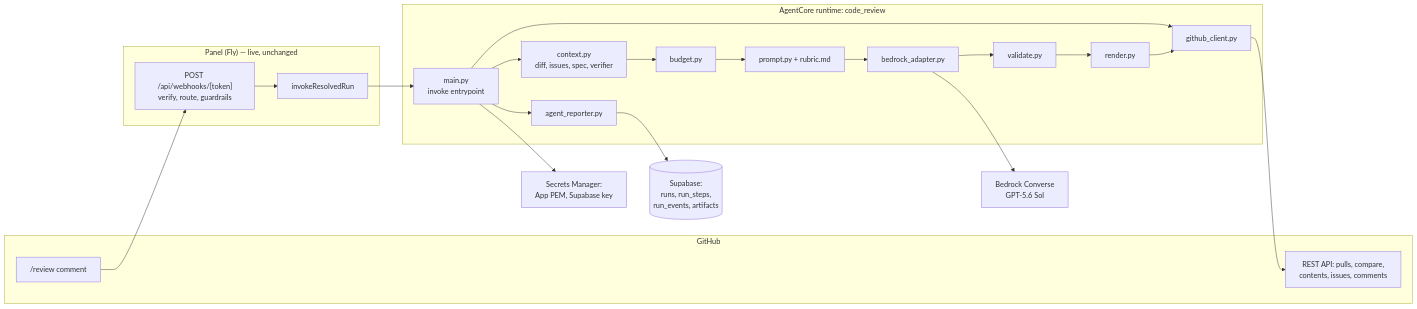
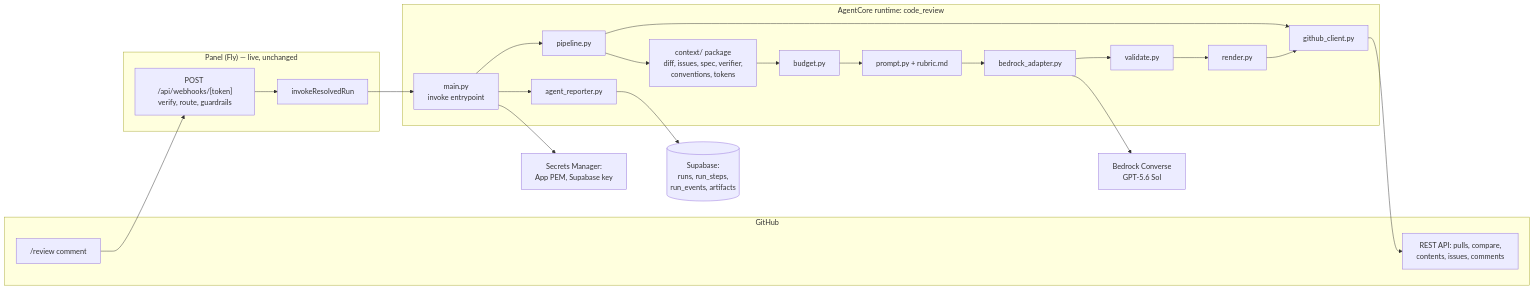
One commit to llipe/dev-tasks-agent-fleet changed the first of 4 diagrams in workstream/specification-prd-code-review-agent.md. Above: the diagram before and after it, drawn with Mermaid. The commit also changed other lines of this file, not shown here.

First line of the commit message:
docs(workstream): write back Wave A drift into code-review spec v1.3 (#406-#415)

````diff
--- a/workstream/specification-prd-code-review-agent.md
+++ b/workstream/specification-prd-code-review-agent.md
@@ -39,32 +41,33 @@
 ```mermaid
 flowchart LR
     subgraph GH[GitHub]
         PRC["/review comment"]
         API[REST API: pulls, compare,<br/>contents, issues, comments]
     end
     subgraph Panel["Panel (Fly) — live, unchanged"]
         WH["POST /api/webhooks/[token]<br/>verify, route, guardrails"]
         INV[invokeResolvedRun]
     end
     subgraph RT["AgentCore runtime: code_review"]
         MAIN[main.py<br/>invoke entrypoint]
         GHC[github_client.py]
-        CTX[context.py<br/>diff, issues, spec, verifier]
+        PIP[pipeline.py]
+        CTX[context/ package<br/>diff, issues, spec, verifier,<br/>conventions, tokens]
         BUD[budget.py]
         PRM[prompt.py + rubric.md]
         BED[bedrock_adapter.py]
         VAL[validate.py]
         REN[render.py]
         REP[agent_reporter.py]
     end
     DB[(Supabase:<br/>runs, run_steps,<br/>run_events, artifacts)]
     BR[Bedrock Converse<br/>GPT-5.6 Sol]
     SM[Secrets Manager:<br/>App PEM, Supabase key]
 
     PRC --> WH --> INV --> MAIN
-    MAIN --> GHC --> API
-    MAIN --> CTX --> BUD --> PRM --> BED --> BR
+    MAIN --> PIP --> GHC --> API
+    PIP --> CTX --> BUD --> PRM --> BED --> BR
     BED --> VAL --> REN --> GHC
     MAIN --> REP --> DB
     MAIN --> SM
 ```
````
